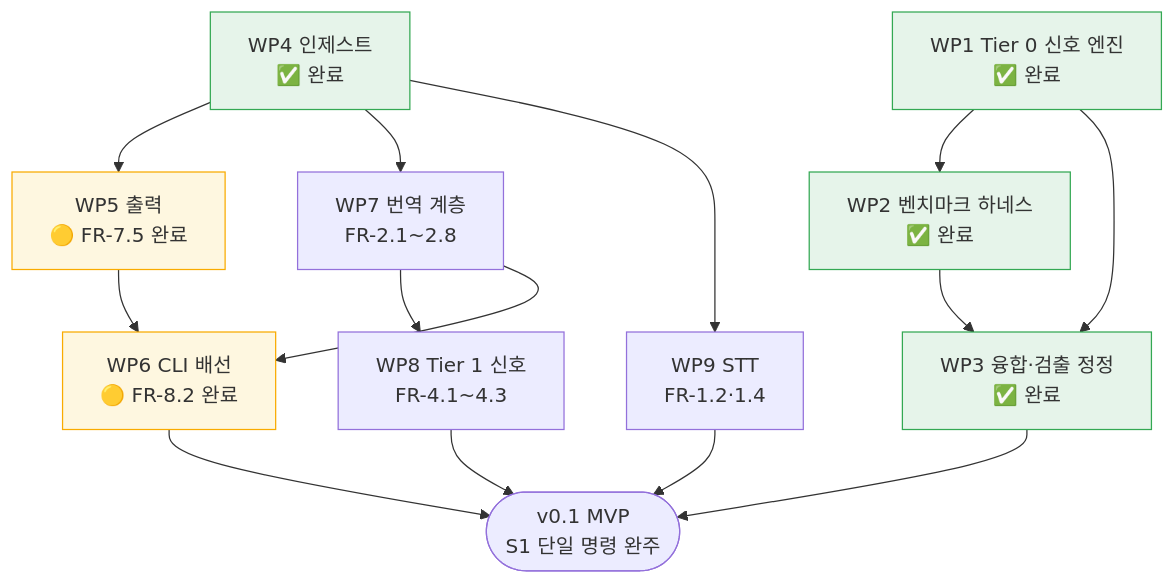
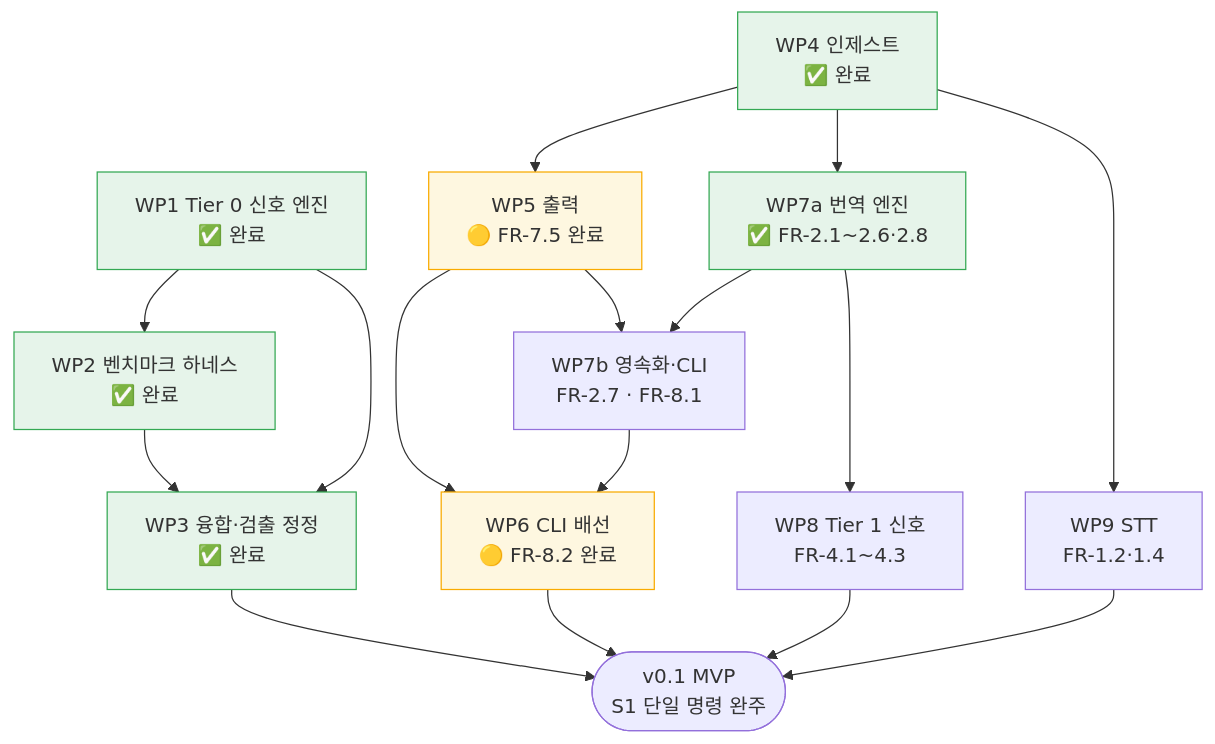
Before and after one commit to withwooyong/cuesift: the diagram in docs/WBS.md, drawn with Mermaid. The commit also changed other lines of this file and 23 other files, not shown here.

````diff
--- a/docs/WBS.md
+++ b/docs/WBS.md
@@ -74,34 +80,38 @@
 ```mermaid
 flowchart TD
     WP1["WP1 Tier 0 신호 엔진<br/>✅ 완료"]
     WP2["WP2 벤치마크 하네스<br/>✅ 완료"]
     WP3["WP3 융합·검출 정정<br/>✅ 완료"]
     WP4["WP4 인제스트<br/>✅ 완료"]
     WP5["WP5 출력<br/>🟡 FR-7.5 완료"]
     WP6["WP6 CLI 배선<br/>🟡 FR-8.2 완료"]
-    WP7["WP7 번역 계층<br/>FR-2.1~2.8"]
+    WP7A["WP7a 번역 엔진<br/>✅ FR-2.1~2.6·2.8"]
+    WP7B["WP7b 영속화·CLI<br/>FR-2.7 · FR-8.1"]
     WP8["WP8 Tier 1 신호<br/>FR-4.1~4.3"]
     WP9["WP9 STT<br/>FR-1.2·1.4"]
     V01(["v0.1 MVP<br/>S1 단일 명령 완주"])
 
     WP1 --> WP2
     WP1 --> WP3
     WP2 --> WP3
     WP4 --> WP5
-    WP4 --> WP7
+    WP4 --> WP7A
     WP4 --> WP9
     WP5 --> WP6
-    WP7 --> WP8
-    WP7 --> WP6
+    WP7A --> WP7B
+    WP7A --> WP8
+    WP5 --> WP7B
+    WP7B --> WP6
     WP8 --> V01
     WP9 --> V01
     WP6 --> V01
     WP3 --> V01
 
     style WP1 fill:#e6f4ea,stroke:#34a853
     style WP2 fill:#e6f4ea,stroke:#34a853
     style WP3 fill:#e6f4ea,stroke:#34a853
     style WP4 fill:#e6f4ea,stroke:#34a853
+    style WP7A fill:#e6f4ea,stroke:#34a853
     style WP5 fill:#fef7e0,stroke:#f9ab00
     style WP6 fill:#fef7e0,stroke:#f9ab00
 ```
````
